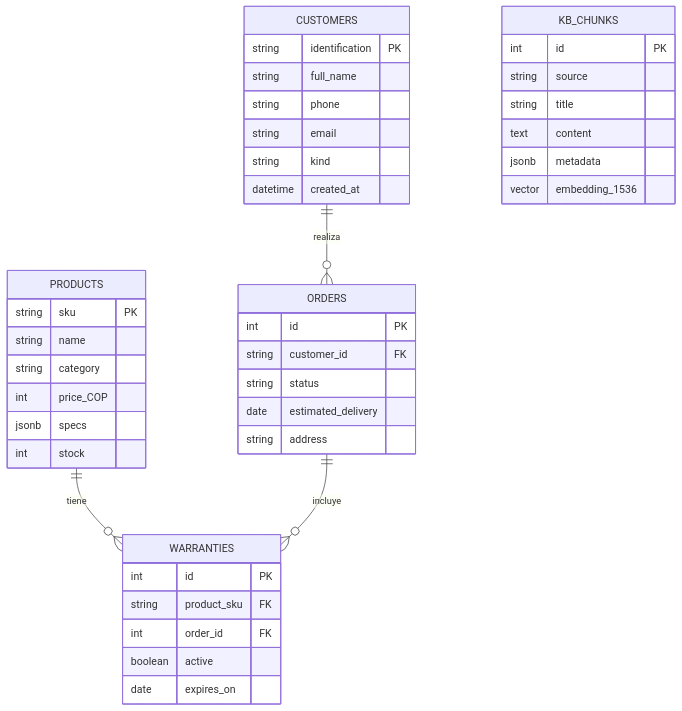
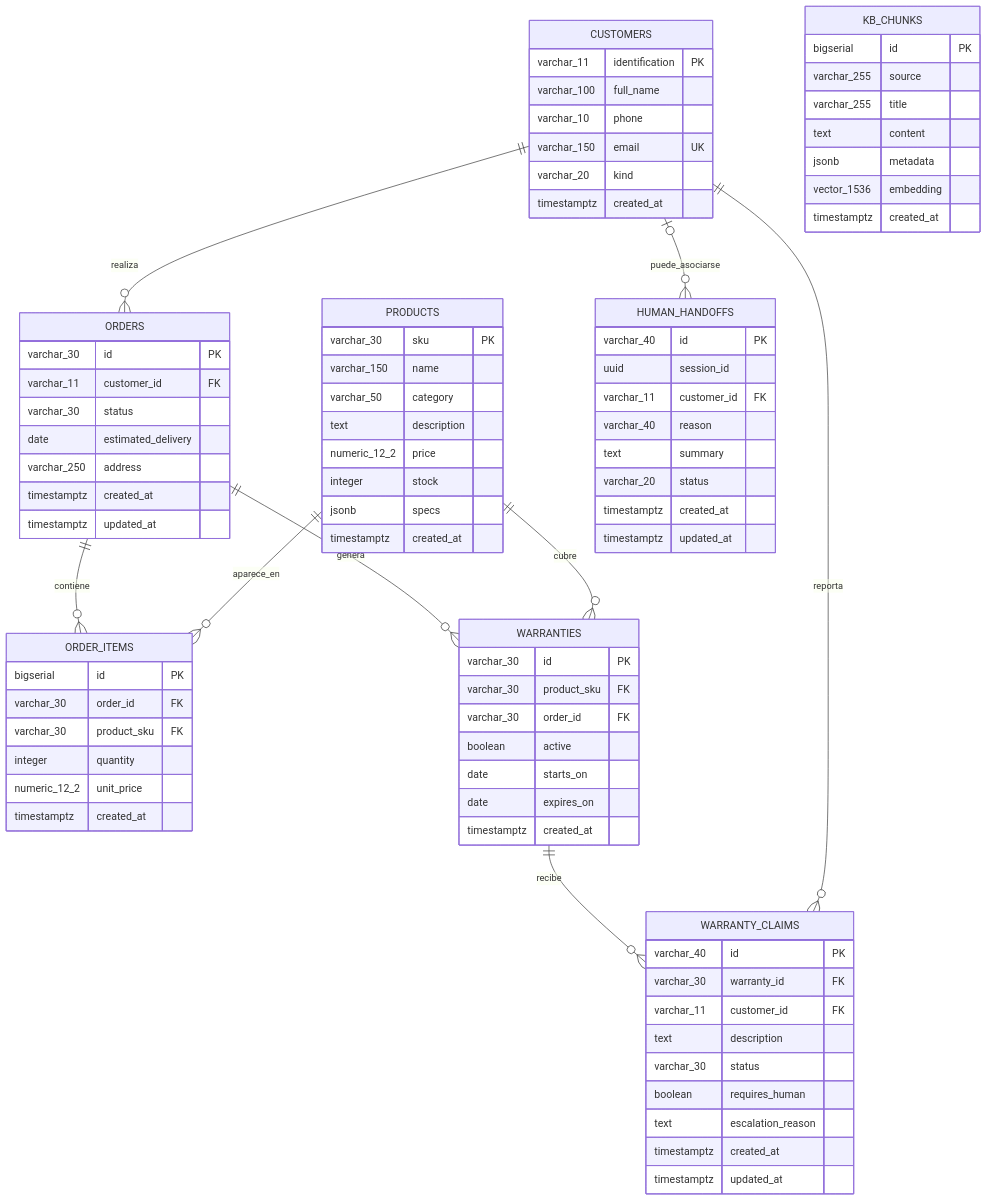
One commit to YeisonCanoP/BotEmtelco changed the diagram in modelado_datos/model_datos.mmd. Above: the diagram before and after it, drawn with Mermaid. The commit also changed 3 other files, not shown here.

```diff
--- a/modelado_datos/model_datos.mmd
+++ b/modelado_datos/model_datos.mmd
@@ -1,47 +1,91 @@
 erDiagram
     CUSTOMERS ||--o{ ORDERS : realiza
-    PRODUCTS ||--o{ WARRANTIES : tiene
-    ORDERS ||--o{ WARRANTIES : incluye
+    ORDERS ||--o{ ORDER_ITEMS : contiene
+    PRODUCTS ||--o{ ORDER_ITEMS : aparece_en
+    ORDERS ||--o{ WARRANTIES : genera
+    PRODUCTS ||--o{ WARRANTIES : cubre
+    WARRANTIES ||--o{ WARRANTY_CLAIMS : recibe
+    CUSTOMERS ||--o{ WARRANTY_CLAIMS : reporta
+    CUSTOMERS o|--o{ HUMAN_HANDOFFS : puede_asociarse
 
     PRODUCTS {
-        string sku PK
-        string name
-        string category
-        int price_COP
+        varchar_30 sku PK
+        varchar_150 name
+        varchar_50 category
+        text description
+        numeric_12_2 price
+        integer stock
         jsonb specs
-        int stock
+        timestamptz created_at
     }
 
     CUSTOMERS {
-        string identification PK
-        string full_name
-        string phone
-        string email
-        string kind
-        datetime created_at
+        varchar_11 identification PK
+        varchar_100 full_name
+        varchar_10 phone
+        varchar_150 email UK
+        varchar_20 kind
+        timestamptz created_at
     }
 
     ORDERS {
-        int id PK
-        string customer_id FK
-        string status
+        varchar_30 id PK
+        varchar_11 customer_id FK
+        varchar_30 status
         date estimated_delivery
-        string address
+        varchar_250 address
+        timestamptz created_at
+        timestamptz updated_at
+    }
+
+    ORDER_ITEMS {
+        bigserial id PK
+        varchar_30 order_id FK
+        varchar_30 product_sku FK
+        integer quantity
+        numeric_12_2 unit_price
+        timestamptz created_at
     }
 
     WARRANTIES {
-        int id PK
-        string product_sku FK
-        int order_id FK
+        varchar_30 id PK
+        varchar_30 product_sku FK
+        varchar_30 order_id FK
         boolean active
+        date starts_on
         date expires_on
+        timestamptz created_at
+    }
+
+    WARRANTY_CLAIMS {
+        varchar_40 id PK
+        varchar_30 warranty_id FK
+        varchar_11 customer_id FK
+        text description
+        varchar_30 status
+        boolean requires_human
+        text escalation_reason
+        timestamptz created_at
+        timestamptz updated_at
+    }
+
+    HUMAN_HANDOFFS {
+        varchar_40 id PK
+        uuid session_id
+        varchar_11 customer_id FK
+        varchar_40 reason
+        text summary
+        varchar_20 status
+        timestamptz created_at
+        timestamptz updated_at
     }
 
     KB_CHUNKS {
-        int id PK
-        string source
-        string title
+        bigserial id PK
+        varchar_255 source
+        varchar_255 title
         text content
         jsonb metadata
-        vector embedding_1536
+        vector_1536 embedding
+        timestamptz created_at
     }
```
